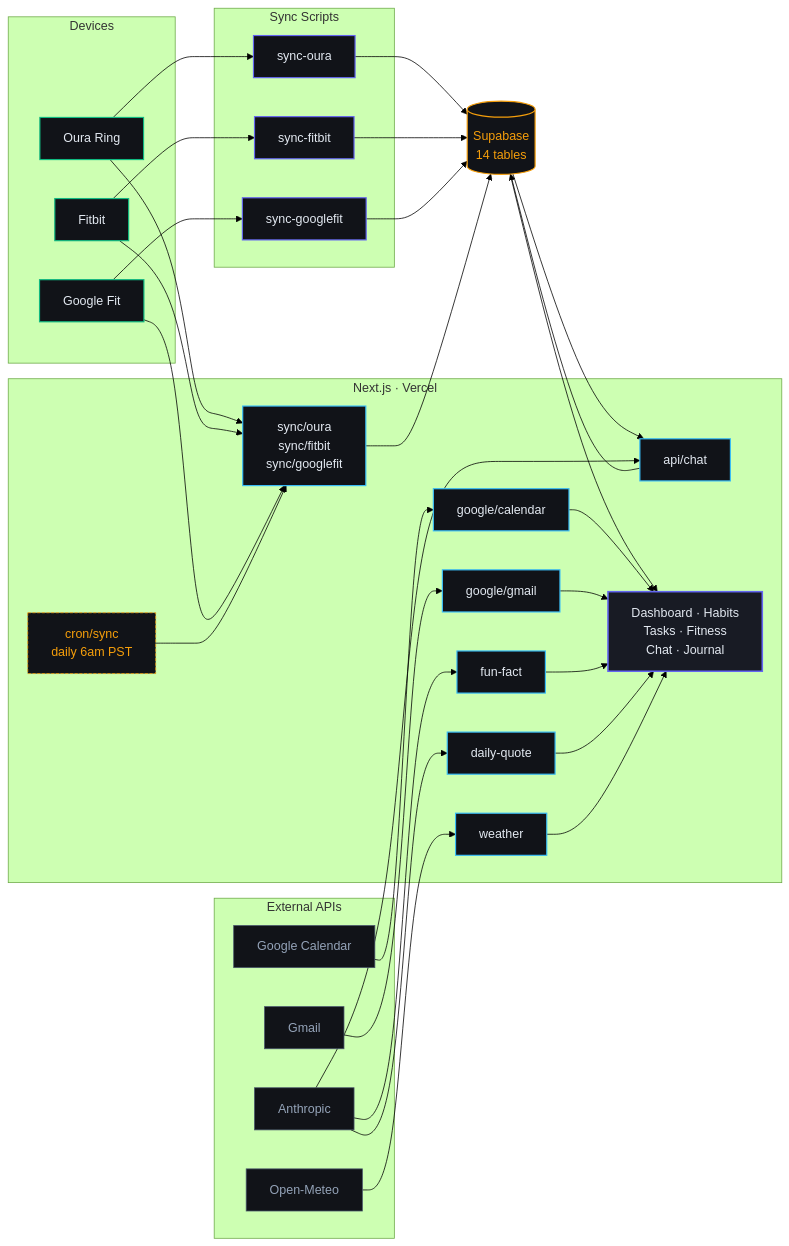
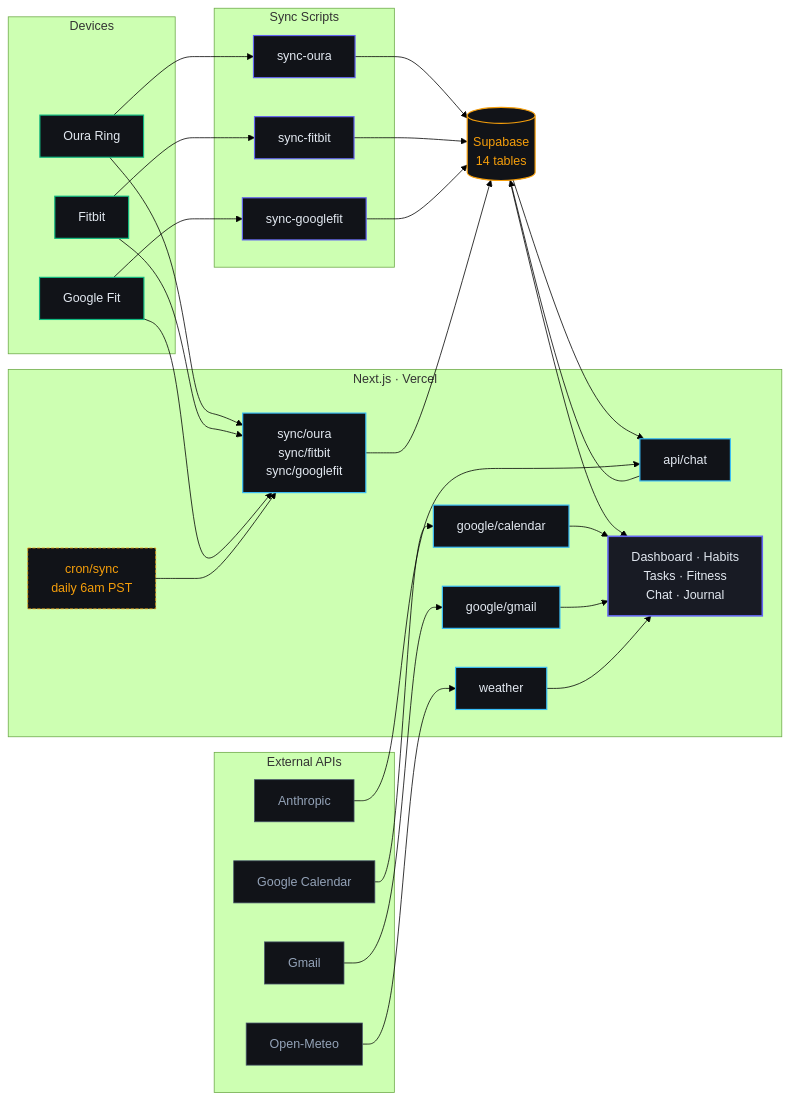
Before and after one commit to Theioz/mr-bridge-assistant: the diagram in README.md, drawn with Mermaid (forest theme). The commit also changed other lines of this file and 18 other files, not shown here.

````diff
--- a/README.md
+++ b/README.md
@@ -7,68 +7,66 @@
 ```mermaid
 flowchart LR
     subgraph devices["Devices"]
         oura["Oura Ring"]
         fitbit["Fitbit"]
         gfit["Google Fit"]
     end
 
     subgraph scripts["Sync Scripts"]
         so["sync-oura"]
         sf["sync-fitbit"]
         sg["sync-googlefit"]
     end
 
     db[("Supabase\n14 tables")]
 
     subgraph web["Next.js · Vercel"]
         cron["cron/sync\ndaily 6am PST"]
         rs["sync/oura\nsync/fitbit\nsync/googlefit"]
         rc["api/chat"]
-        rf["fun-fact"]
-        rq["daily-quote"]
         rw["weather"]
         rcal["google/calendar"]
         rmail["google/gmail"]
         pg["Dashboard · Habits\nTasks · Fitness\nChat · Journal"]
     end
 
     subgraph ext["External APIs"]
         cl["Anthropic"]
         gc["Google Calendar"]
         gm["Gmail"]
         om["Open-Meteo"]
     end
 
     classDef device   fill:#111318,stroke:#10B981,color:#E2E8F0,stroke-width:1.5px
     classDef script   fill:#111318,stroke:#6366F1,color:#E2E8F0,stroke-width:1.5px
     classDef storage  fill:#111318,stroke:#F59E0B,color:#F59E0B,stroke-width:1.5px
     classDef route    fill:#111318,stroke:#38BDF8,color:#E2E8F0,stroke-width:1.5px
     classDef page     fill:#181B24,stroke:#6366F1,color:#E2E8F0,stroke-width:2px
     classDef extapi   fill:#111318,stroke:#475569,color:#94A3B8,stroke-width:1px
     classDef cron     fill:#111318,stroke:#F59E0B,color:#F59E0B,stroke-width:1px,stroke-dasharray:4 2
 
     class oura,fitbit,gfit device
     class so,sf,sg script
     class db storage
-    class rs,rc,rf,rq,rw,rcal,rmail route
+    class rs,rc,rw,rcal,rmail route
     class pg page
     class cl,gc,gm,om extapi
     class cron cron
 
     oura --> so --> db
     fitbit --> sf --> db
     gfit --> sg --> db
 
     oura & fitbit & gfit --> rs --> db
     cron --> rs
 
     db --> pg
     db --> rc
     rc --> db
 
-    cl --> rc & rf & rq
+    cl --> rc
     gc --> rcal --> pg
     gm --> rmail --> pg
-    rf & rq & rw --> pg
+    rw --> pg
     om --> rw
 ```
````
